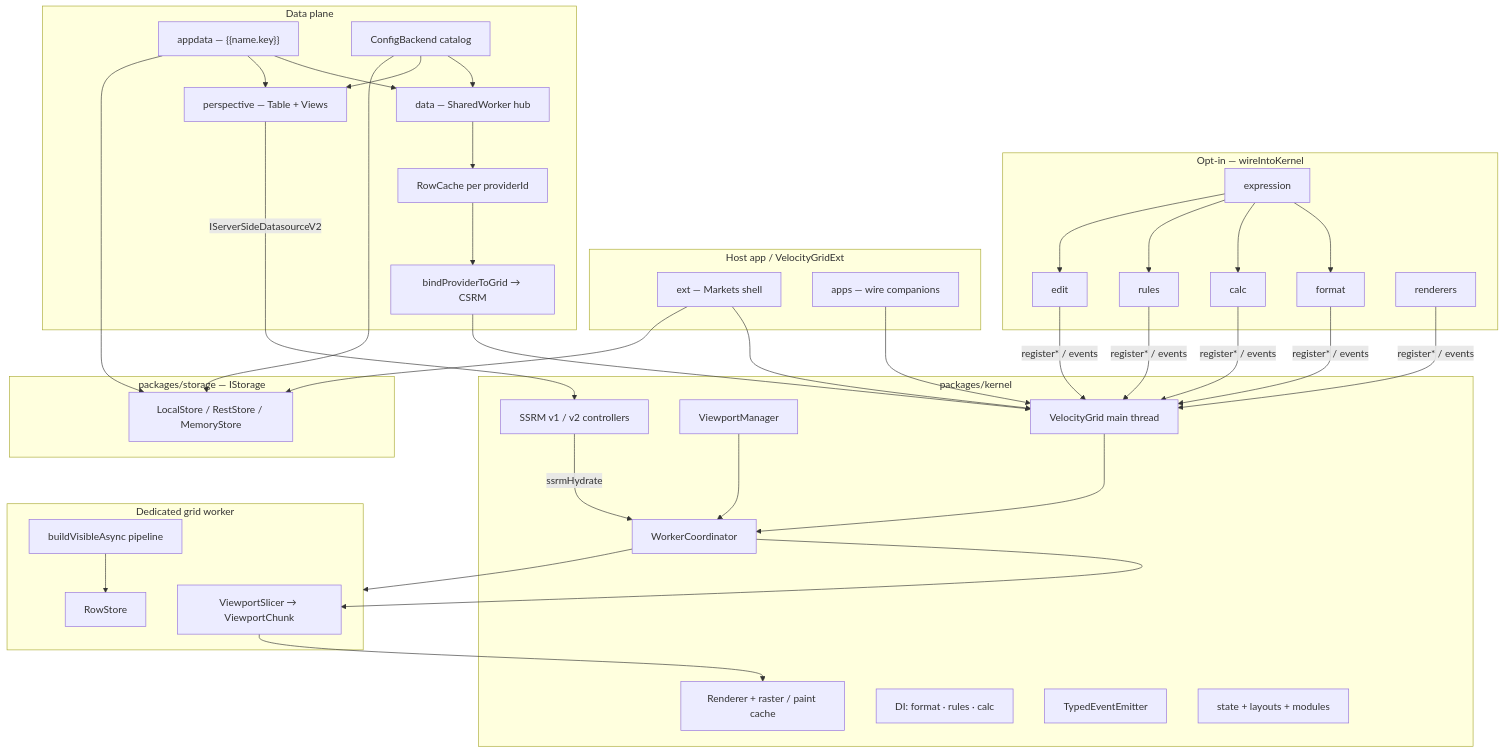
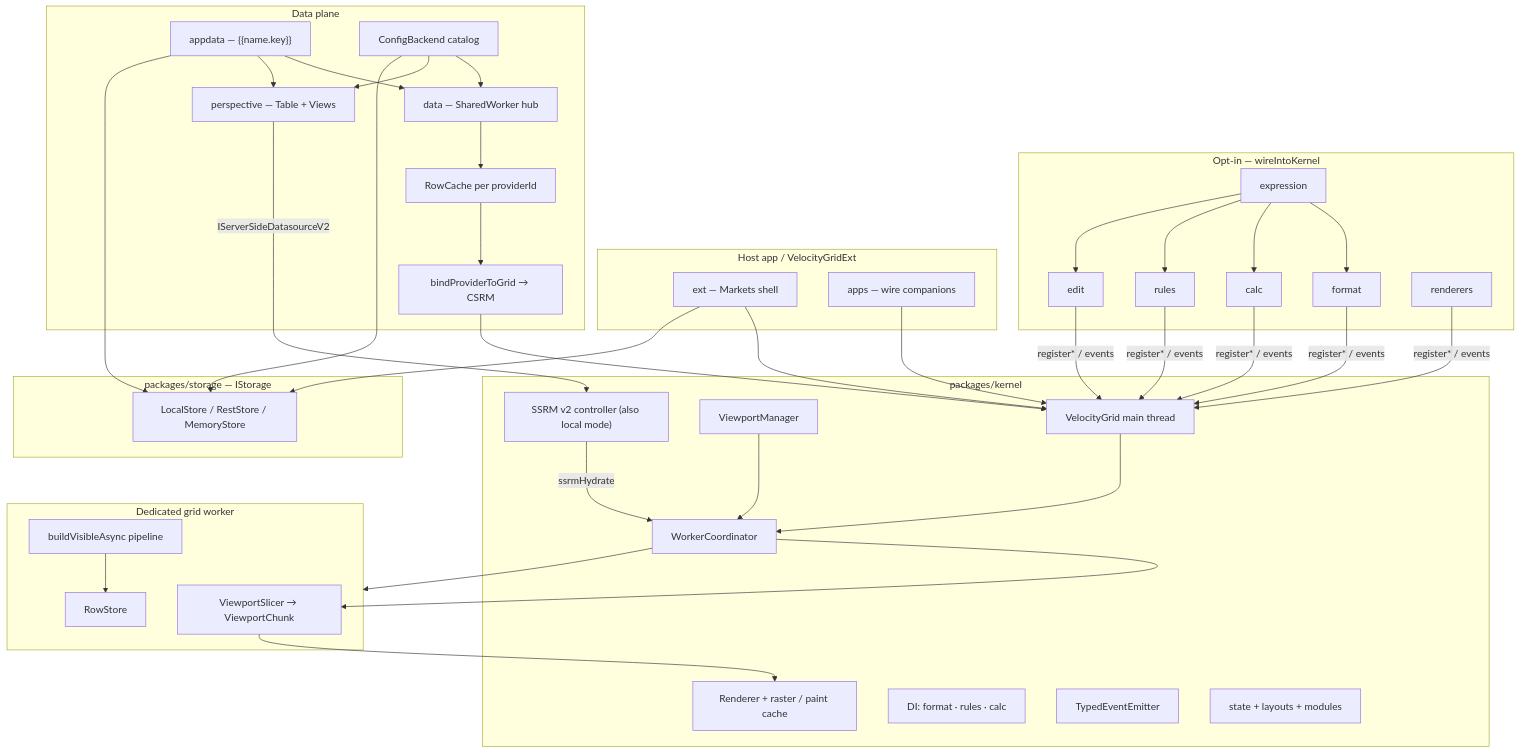
The first of 2 diagrams in docs/velocity-grid-architecture.md (widgetstools/canvasgrid), drawn with Mermaid before and after one commit. The commit also changed other lines of this file and 2 other files, not shown here.

First line of the commit message:
Document local mode, clientSideDataProvider and the Perspective query cache

````diff
--- a/docs/velocity-grid-architecture.md
+++ b/docs/velocity-grid-architecture.md
@@ -27,61 +27,61 @@
 ```mermaid
 flowchart TB
   subgraph Host["Host app / VelocityGridExt"]
     EXT["ext — Markets shell"]
     APP["apps — wire companions"]
   end
 
   subgraph Kernel["packages/kernel"]
     VG["VelocityGrid main thread"]
     WC["WorkerCoordinator"]
     VP["ViewportManager"]
     RND["Renderer + raster / paint cache"]
-    SSRM["SSRM v1 / v2 controllers"]
+    SSRM["SSRM v2 controller (also local mode)"]
     SLOTS["DI: format · rules · calc"]
     EV["TypedEventEmitter"]
     STATE["state + layouts + modules"]
   end
 
   subgraph Worker["Dedicated grid worker"]
     STORE["RowStore"]
     PIPE["buildVisibleAsync pipeline"]
     SLICER["ViewportSlicer → ViewportChunk"]
   end
 
   subgraph Companions["Opt-in — wireIntoKernel"]
     EXPR["expression"]
     FMT["format"]
     CALC["calc"]
     RULES["rules"]
     EDIT["edit"]
     REND["renderers"]
   end
 
   subgraph DataPlane["Data plane"]
     HUB["data — SharedWorker hub"]
     CACHE["RowCache per providerId"]
     BIND["bindProviderToGrid → CSRM"]
     PSP["perspective — Table + Views"]
     APPD["appdata — {{name.key}}"]
     CAT["ConfigBackend catalog"]
   end
 
   subgraph Persist["packages/storage — IStorage"]
     LS["LocalStore / RestStore / MemoryStore"]
   end
 
   APP --> VG
   EXT --> VG
   FMT & CALC & RULES & EDIT & REND -->|register* / events| VG
   EXPR --> FMT & CALC & RULES & EDIT
   VG --> WC --> Worker
   VP --> WC
   WC --> SLICER --> RND
   PIPE --> STORE
   SSRM -->|ssrmHydrate| WC
   HUB --> CACHE --> BIND --> VG
   PSP -->|IServerSideDatasourceV2| SSRM
   APPD --> HUB & PSP
   CAT --> HUB & PSP
   APPD & CAT & EXT --> LS
 ```
````
